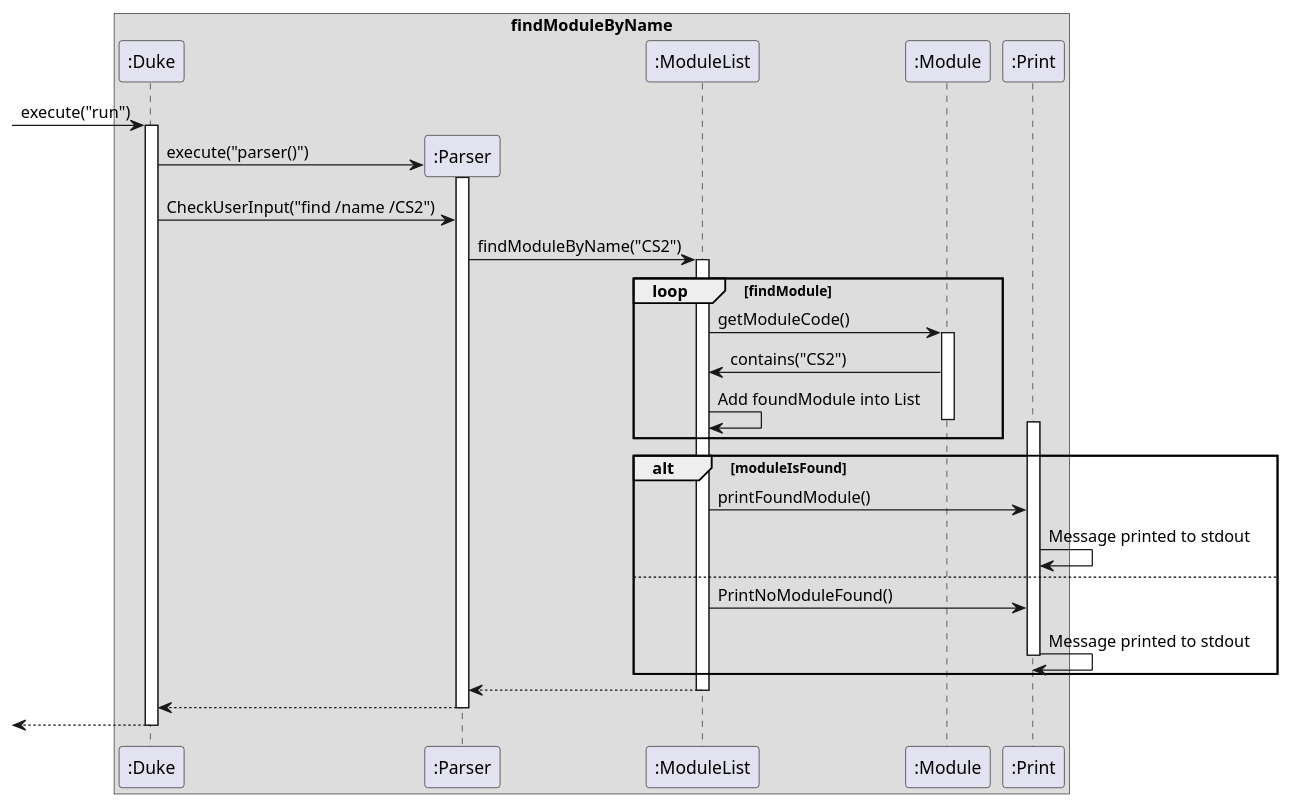
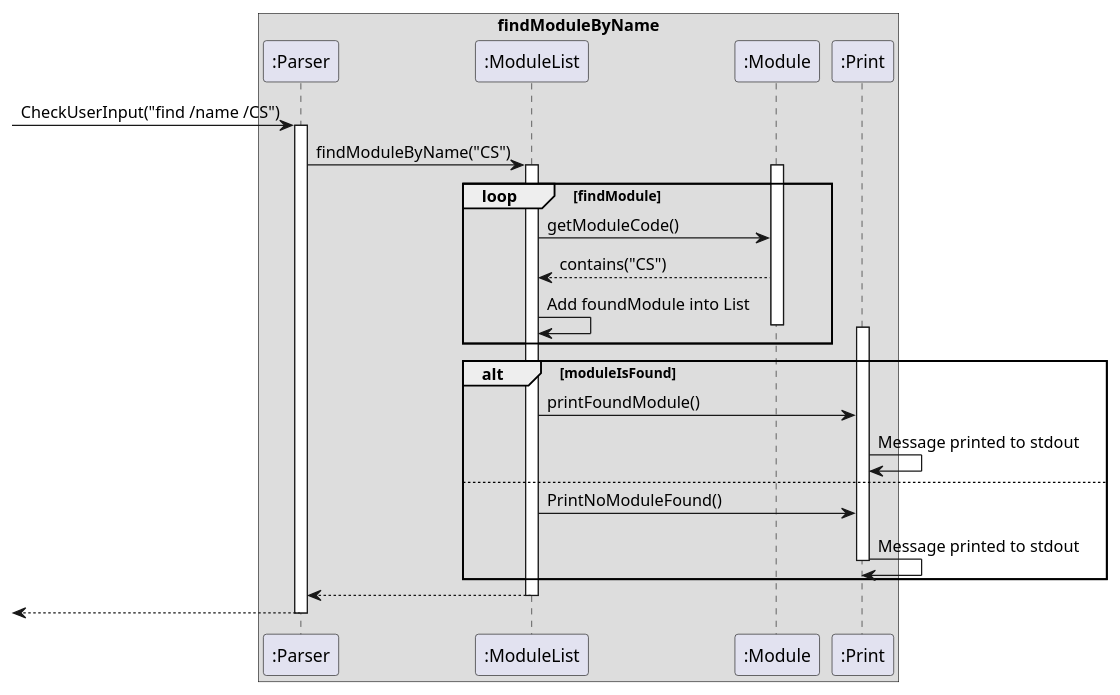
One commit to saintzaw/tp changed the diagram in docs/diagrams/FindModule.puml. Above: the diagram before and after it, drawn with PlantUML. The commit also changed 1 other file, not shown here.

Commit message:
Include find modules feature in DeveloperGuide

```diff
--- a/docs/diagrams/FindModule.puml
+++ b/docs/diagrams/FindModule.puml
@@ -1,46 +1,39 @@
 @startuml
 'https://plantuml.com/sequence-diagram
 
 box findModuleByName
-participant ":Duke" as ChatBot
 participant ":Parser" as Parser
 participant ":ModuleList" as ModuleList
 participant ":Module" as Module
 participant ":Print" as Print
 end box
 
-[-> ChatBot : execute("run")
-activate ChatBot
-
-create Parser
-ChatBot -> Parser : execute("parser()")
+[-> Parser: CheckUserInput("find /name /CS")
 activate Parser
 
-ChatBot -> Parser: CheckUserInput("find /name /CS2")
-Parser -> ModuleList : findModuleByName("CS2")
+Parser -> ModuleList : findModuleByName("CS")
 activate ModuleList
 
 loop findModule
+    activate Module
     ModuleList -> Module :getModuleCode()
-    activate Module
-    Module -> ModuleList : contains("CS2")
+    Module --> ModuleList : contains("CS")
     ModuleList -> ModuleList : Add foundModule into List
     deactivate Module
     activate Print
 end
 
 alt moduleIsFound
     ModuleList -> Print : printFoundModule()
 
     Print -> Print : Message printed to stdout
 else
     ModuleList -> Print : PrintNoModuleFound()
     Print -> Print : Message printed to stdout
     deactivate Print
 end
 
 return
 return
-return
 
 @enduml
```
